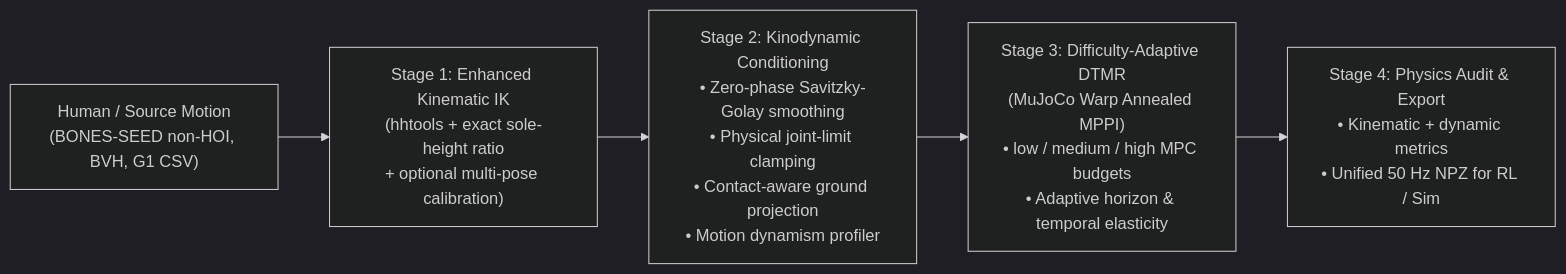
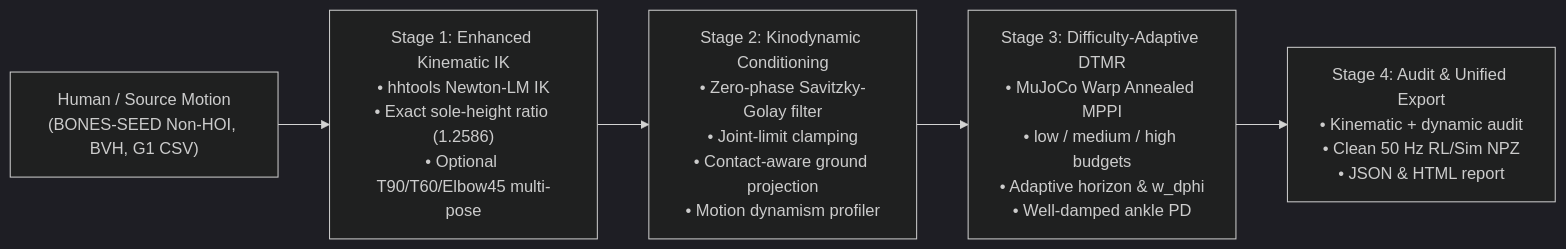
The diagram in README.md (BenHuHuan/Retarget_X), drawn with Mermaid (dark theme) before and after one commit. The commit also changed other lines of this file and 6 other files, not shown here.

Commit message:
docs: add visual benchmark charts, interactive dark-theme web report (docs/index.html), and redesigned README

````diff
--- a/README.md
+++ b/README.md
@@ -23,7 +38,7 @@
 ```mermaid
 flowchart LR
-    A["Human / Source Motion\n(BONES-SEED non-HOI, BVH, G1 CSV)"] --> B["Stage 1: Enhanced Kinematic IK\n(hhtools + exact sole-height ratio\n+ optional multi-pose calibration)"]
-    B --> C["Stage 2: Kinodynamic Conditioning\n• Zero-phase Savitzky-Golay smoothing\n• Physical joint-limit clamping\n• Contact-aware ground projection\n• Motion dynamism profiler"]
-    C --> D["Stage 3: Difficulty-Adaptive DTMR\n(MuJoCo Warp Annealed MPPI)\n• low / medium / high MPC budgets\n• Adaptive horizon & temporal elasticity"]
-    D --> E["Stage 4: Physics Audit & Export\n• Kinematic + dynamic metrics\n• Unified 50 Hz NPZ for RL / Sim"]
+    A["Human / Source Motion\n(BONES-SEED Non-HOI, BVH, G1 CSV)"] --> B["Stage 1: Enhanced Kinematic IK\n• hhtools Newton-LM IK\n• Exact sole-height ratio (1.2586)\n• Optional T90/T60/Elbow45 multi-pose"]
+    B --> C["Stage 2: Kinodynamic Conditioning\n• Zero-phase Savitzky-Golay filter\n• Joint-limit clamping\n• Contact-aware ground projection\n• Motion dynamism profiler"]
+    C --> D["Stage 3: Difficulty-Adaptive DTMR\n• MuJoCo Warp Annealed MPPI\n• low / medium / high budgets\n• Adaptive horizon & w_dphi\n• Well-damped ankle PD"]
+    D --> E["Stage 4: Audit & Unified Export\n• Kinematic + dynamic audit\n• Clean 50 Hz RL/Sim NPZ\n• JSON & HTML report"]
 ```
````
